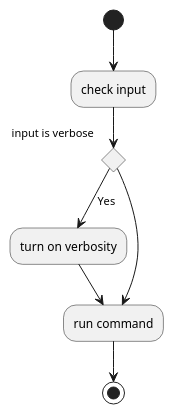
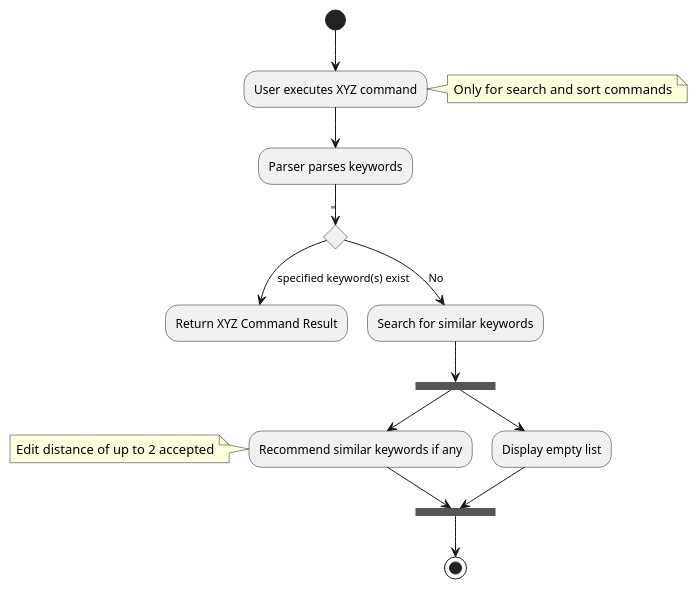
The diagram in docs/diagrams/RecommendationsActivityDiagram.puml (AY1920S1-CS2103T-F11-2/main), drawn with PlantUML before and after one commit. The commit also changed other lines of this file and 13 other files, not shown here.

Commit message:
Update DG diagrams for auto-sort and recommendations

```diff
--- a/docs/diagrams/RecommendationsActivityDiagram.puml
+++ b/docs/diagrams/RecommendationsActivityDiagram.puml
@@ -1,10 +1,19 @@
 @startuml
-(*)  --> "check input"
-If "input is verbose" then
---> [Yes] "turn on verbosity"
---> "run command"
+(*)  --> "User executes XYZ command"
+note right: Only for search and sort commands
+ --> "Parser parses keywords"
+if "
+--> [specified keyword(s) exist] "Return XYZ Command Result"
 else
---> "run command"
+--> [No] "Search for similar keywords"
 Endif
--->(*)
+ --> ===B1===
+ --> "Recommend similar keywords if any"
+ note left: Edit distance of up to 2 accepted
+ --> ===B2===
+
+ ===B1=== --> "Display empty list"
+ --> ===B2===
+
+ --> (*)
 @enduml
```
